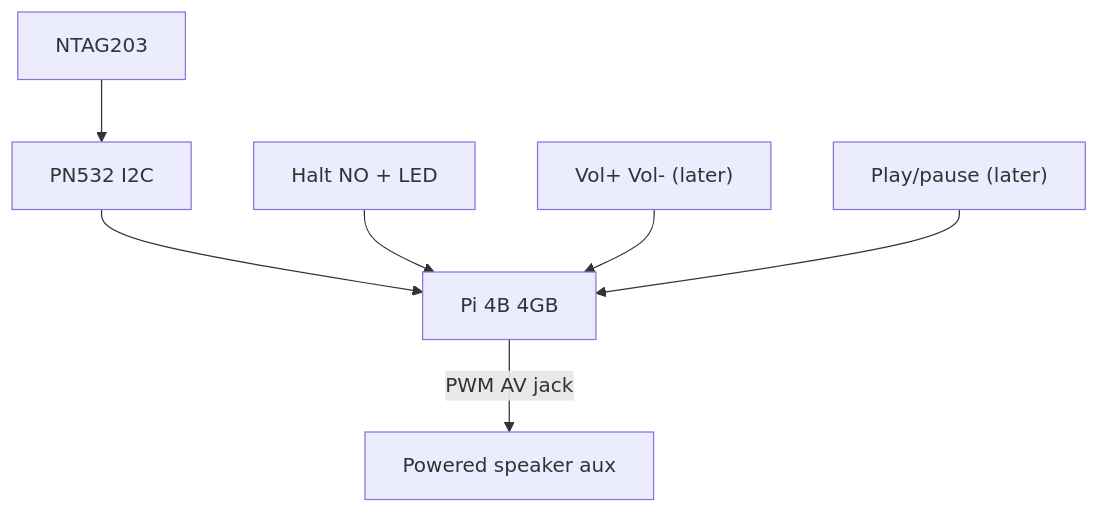
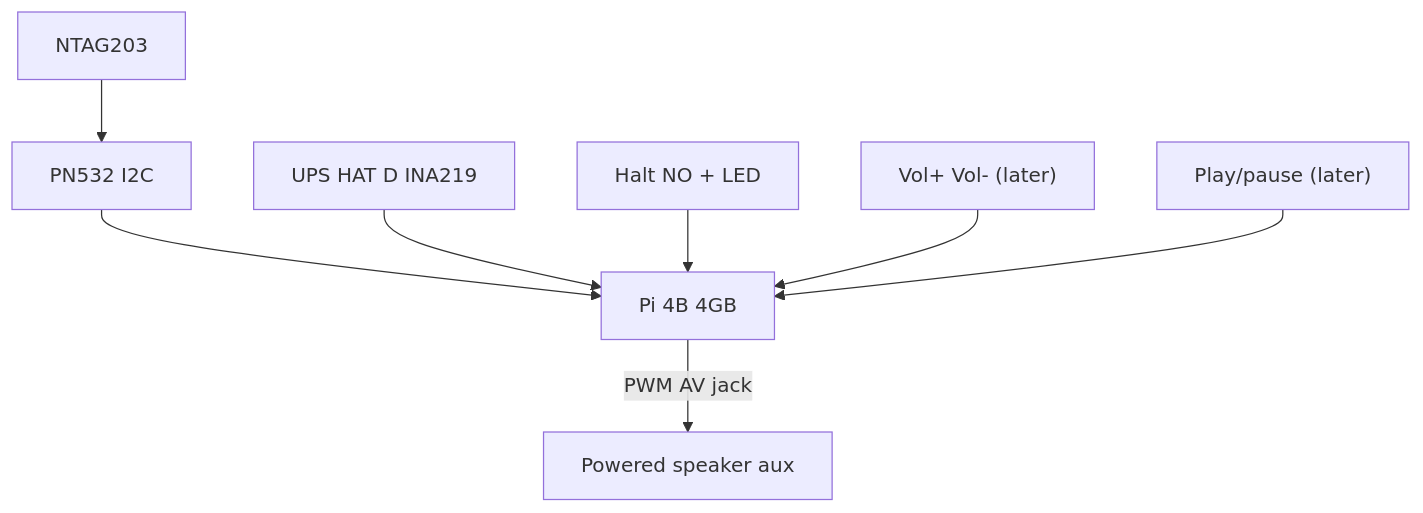
Before and after one commit to mzworthington/RoMini: the diagram in docs/hardware.md, drawn with Mermaid. The commit also changed other lines of this file and 27 other files, not shown here.

````diff
--- a/docs/hardware.md
+++ b/docs/hardware.md
@@ -28,9 +29,10 @@
 ```mermaid
 flowchart TB
   ntag["NTAG203"] --> hat["PN532 I2C"]
   hat --> pi["Pi 4B 4GB"]
+  ups["UPS HAT D INA219"] --> pi
   halt["Halt NO + LED"] --> pi
   vol["Vol+ Vol- (later)"] --> pi
   play["Play/pause (later)"] --> pi
   pi -->|"PWM AV jack"| spk["Powered speaker aux"]
 ```
````
